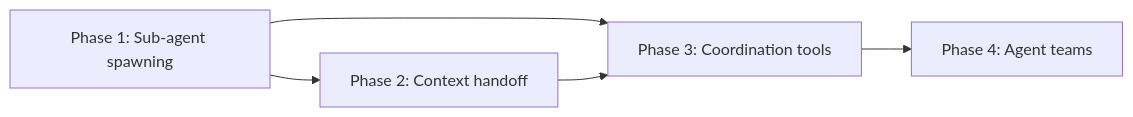
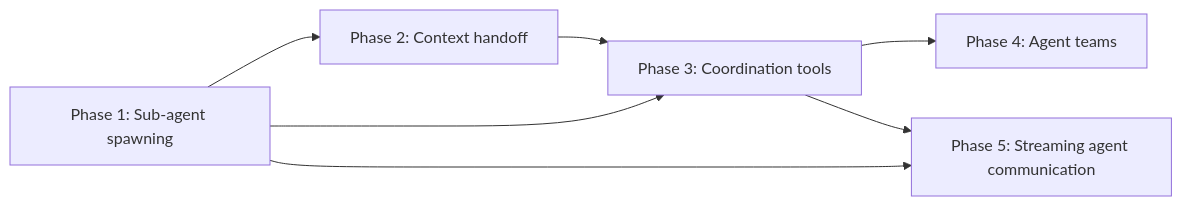
One commit to AjasMohammed/Agos changed the diagram in obsidian-vault/plans/multi-agent-coordination/Multi-Agent Coordination Plan.md. Above: the diagram before and after it, drawn with Mermaid. The commit also changed other lines of this file and 150 other files, not shown here.

````diff
--- a/obsidian-vault/plans/multi-agent-coordination/Multi-Agent Coordination Plan.md
+++ b/obsidian-vault/plans/multi-agent-coordination/Multi-Agent Coordination Plan.md
@@ -80,7 +81,9 @@
 ```mermaid
 graph LR
     P1[Phase 1: Sub-agent spawning] --> P2[Phase 2: Context handoff]
     P1 --> P3[Phase 3: Coordination tools]
     P2 --> P3
     P3 --> P4[Phase 4: Agent teams]
+    P1 --> P5[Phase 5: Streaming agent communication]
+    P3 --> P5
 ```
````
